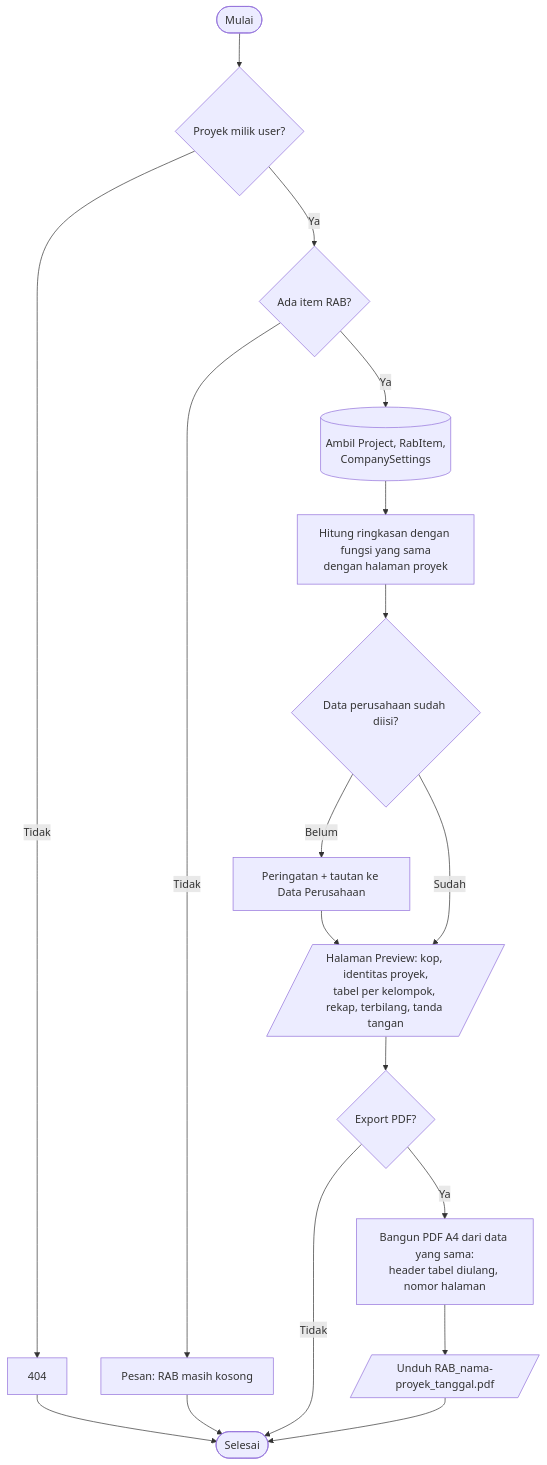
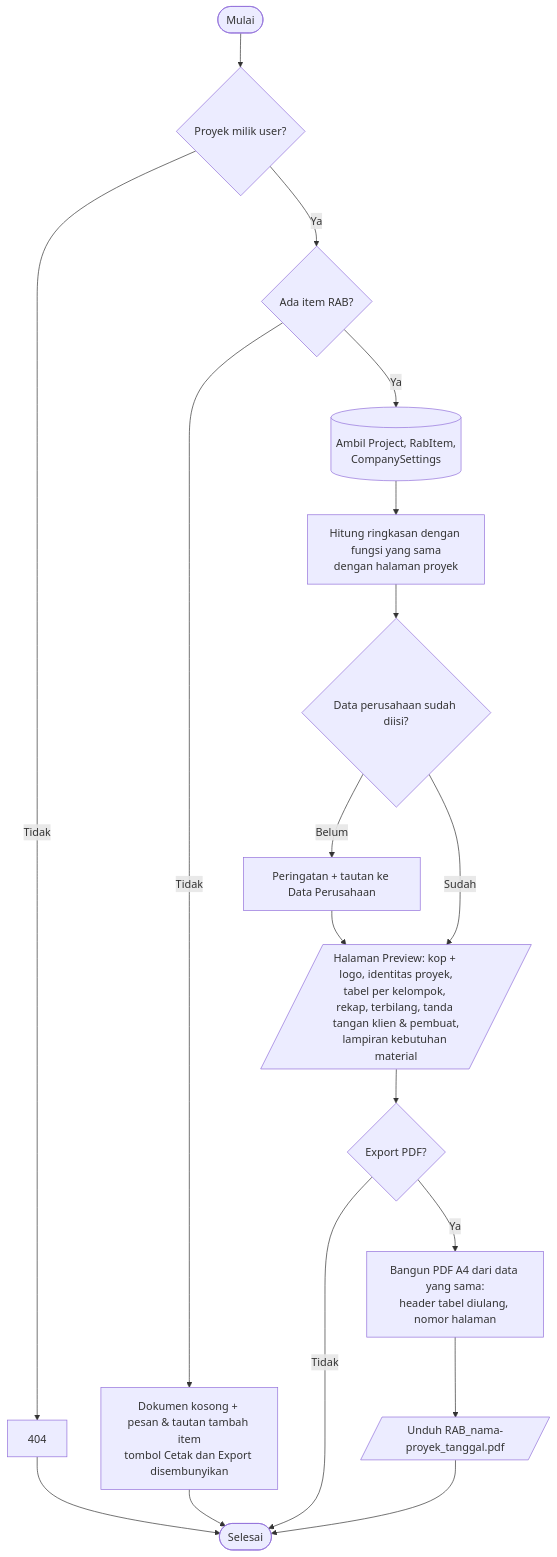
Before and after one commit to ditt1945/RAB-system: the seventh of 8 diagrams in docs/FLOWCHART.md, drawn with Mermaid. The commit also changed other lines of this file and 55 other files, not shown here.

````diff
--- a/docs/FLOWCHART.md
+++ b/docs/FLOWCHART.md
@@ -197,18 +202,18 @@
 ```mermaid
 flowchart TD
     S([Mulai]) --> CEK{Proyek milik user?}
     CEK -->|Tidak| N[404] --> X([Selesai])
     CEK -->|Ya| ITEM{Ada item RAB?}
-    ITEM -->|Tidak| KOS[Pesan: RAB masih kosong] --> X
+    ITEM -->|Tidak| KOS[Dokumen kosong + pesan & tautan tambah item<br/>tombol Cetak dan Export disembunyikan] --> X
     ITEM -->|Ya| AMB[(Ambil Project, RabItem,<br/>CompanySettings)]
     AMB --> HIT[Hitung ringkasan dengan fungsi yang sama<br/>dengan halaman proyek]
     HIT --> KOP{Data perusahaan sudah diisi?}
     KOP -->|Belum| WARN[Peringatan + tautan ke Data Perusahaan] --> PV
     KOP -->|Sudah| PV
-    PV[/"Halaman Preview: kop, identitas proyek,<br/>tabel per kelompok, rekap, terbilang, tanda tangan"/]
+    PV[/"Halaman Preview: kop + logo, identitas proyek,<br/>tabel per kelompok, rekap, terbilang, tanda tangan klien & pembuat,<br/>lampiran kebutuhan material"/]
     PV --> A{Export PDF?}
     A -->|Tidak| X
     A -->|Ya| GEN[Bangun PDF A4 dari data yang sama:<br/>header tabel diulang, nomor halaman]
     GEN --> DL[/"Unduh RAB_nama-proyek_tanggal.pdf"/]
     DL --> X
 ```
````
